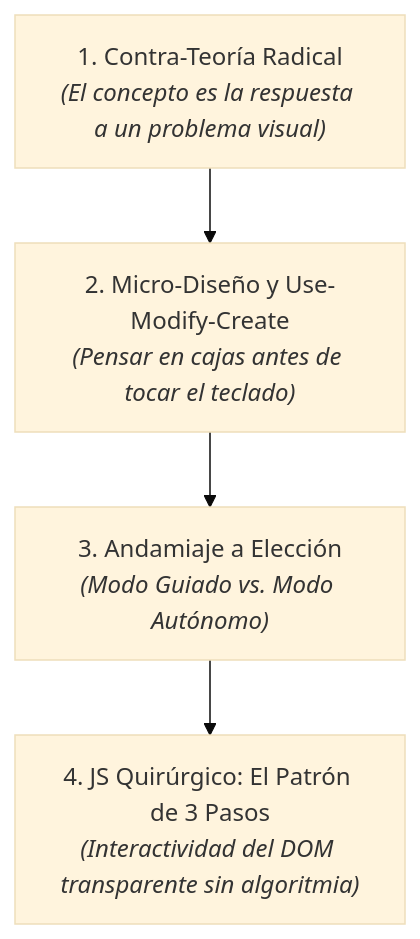
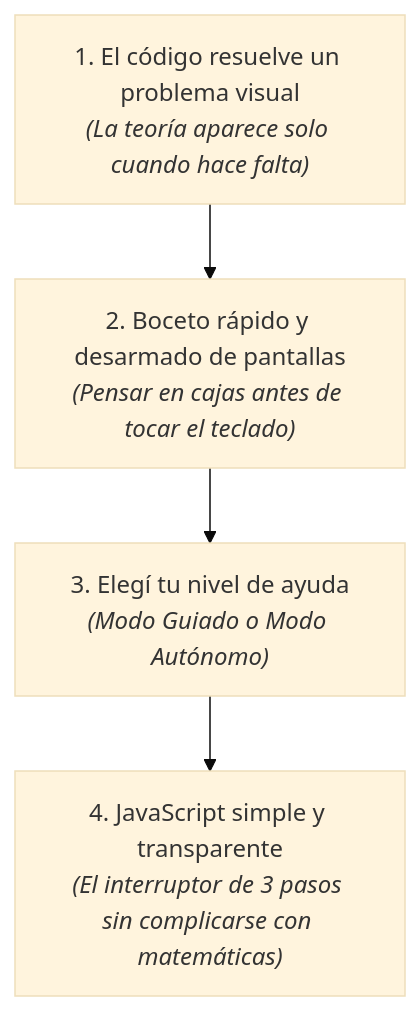
One commit to sergiogimenezclass/interfaces-web changed the first of 2 diagrams in METODOLOGIA.md. Above: the diagram before and after it, drawn with Mermaid (base theme). The commit also changed other lines of this file, not shown here.

````diff
--- a/METODOLOGIA.md
+++ b/METODOLOGIA.md
@@ -20,6 +18,6 @@
 ```mermaid
 flowchart TD
-    A["1. Contra-Teoría Radical<br/><i>(El concepto es la respuesta a un problema visual)</i>"] --> B["2. Micro-Diseño y Use-Modify-Create<br/><i>(Pensar en cajas antes de tocar el teclado)</i>"]
-    B --> C["3. Andamiaje a Elección<br/><i>(Modo Guiado vs. Modo Autónomo)</i>"]
-    C --> D["4. JS Quirúrgico: El Patrón de 3 Pasos<br/><i>(Interactividad del DOM transparente sin algoritmia)</i>"]
+    A["1. El código resuelve un problema visual<br/><i>(La teoría aparece solo cuando hace falta)</i>"] --> B["2. Boceto rápido y desarmado de pantallas<br/><i>(Pensar en cajas antes de tocar el teclado)</i>"]
+    B --> C["3. Elegí tu nivel de ayuda<br/><i>(Modo Guiado o Modo Autónomo)</i>"]
+    C --> D["4. JavaScript simple y transparente<br/><i>(El interruptor de 3 pasos sin complicarse con matemáticas)</i>"]
 ```
````
